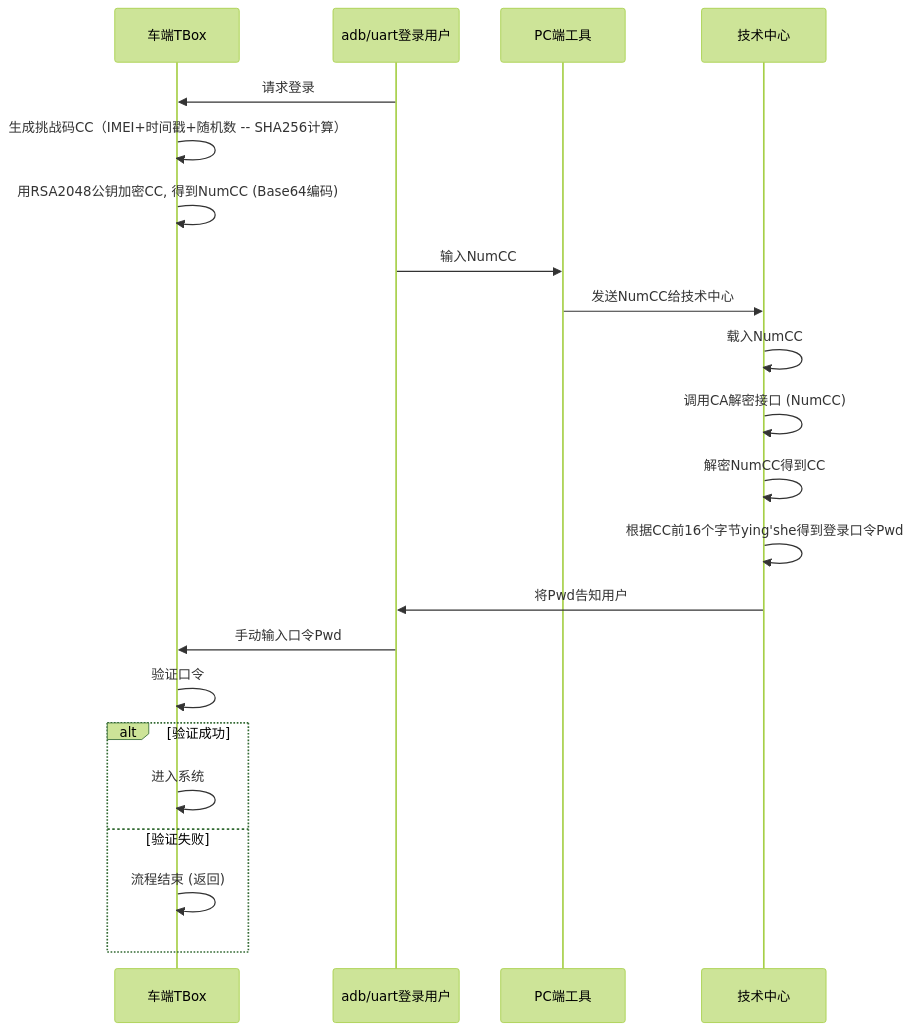
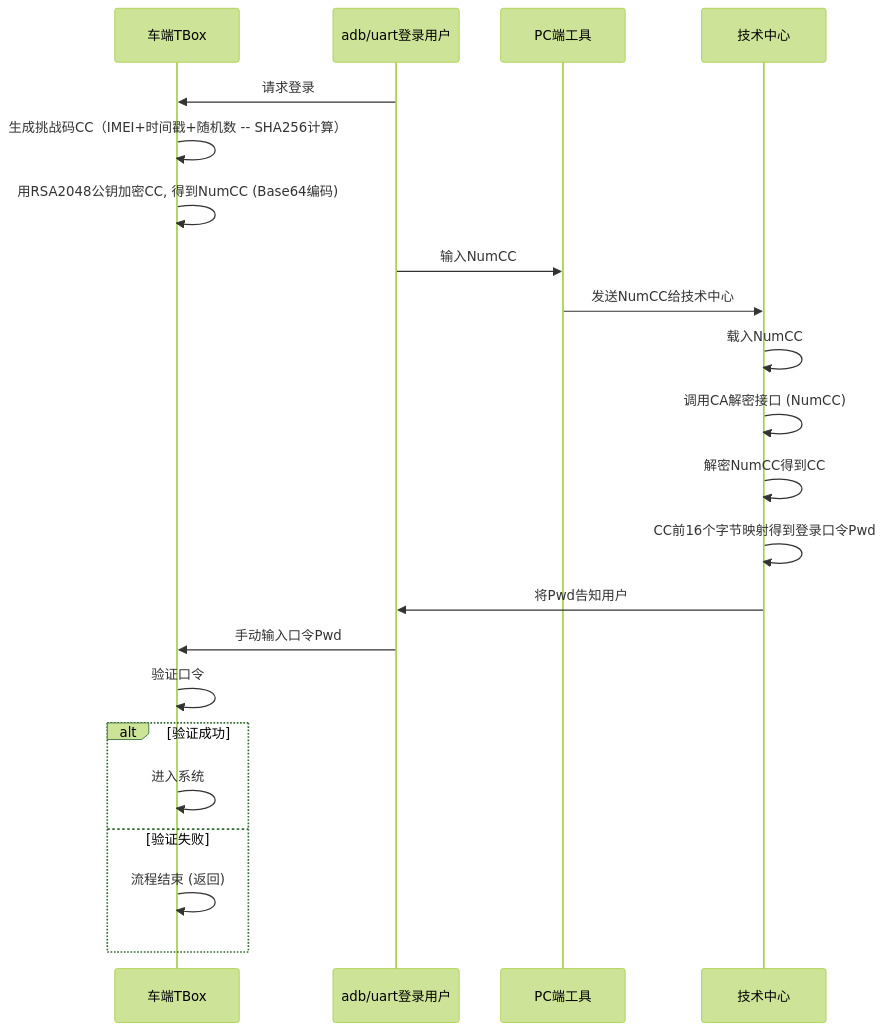
The diagram in all/未命名-13.md (facebook-cloud/iodraw-files), drawn with Mermaid (forest theme) before and after one commit.

Commit message:
2026-01-26 19:06:14 update

````diff
--- a/all/未命名-13.md
+++ b/all/未命名-13.md
@@ -1,28 +1,28 @@
 ```mermaid
 sequenceDiagram
     participant tbox as 车端TBox
     participant user as adb/uart登录用户
     participant pc as PC端工具
     participant tech_center as 技术中心
   
 
     user->>tbox: 请求登录
     tbox->>tbox: 生成挑战码CC（IMEI+时间戳+随机数 -- SHA256计算）
     tbox->>tbox: 用RSA2048公钥加密CC, 得到NumCC (Base64编码)
     user->>pc: 输入NumCC
     pc->>tech_center: 发送NumCC给技术中心
     tech_center->>tech_center: 载入NumCC
     tech_center->>tech_center: 调用CA解密接口 (NumCC)
     tech_center->>tech_center: 解密NumCC得到CC
-    tech_center->>tech_center: 根据CC前16个字节ying'she得到登录口令Pwd
+    tech_center->>tech_center: CC前16个字节映射得到登录口令Pwd
     tech_center->>user: 将Pwd告知用户
     user->>tbox: 手动输入口令Pwd
     tbox->>tbox: 验证口令
     alt 验证成功
         tbox->>tbox: 进入系统
     else 验证失败
         tbox->>tbox: 流程结束 (返回)
     end
 
 
 ```
````
